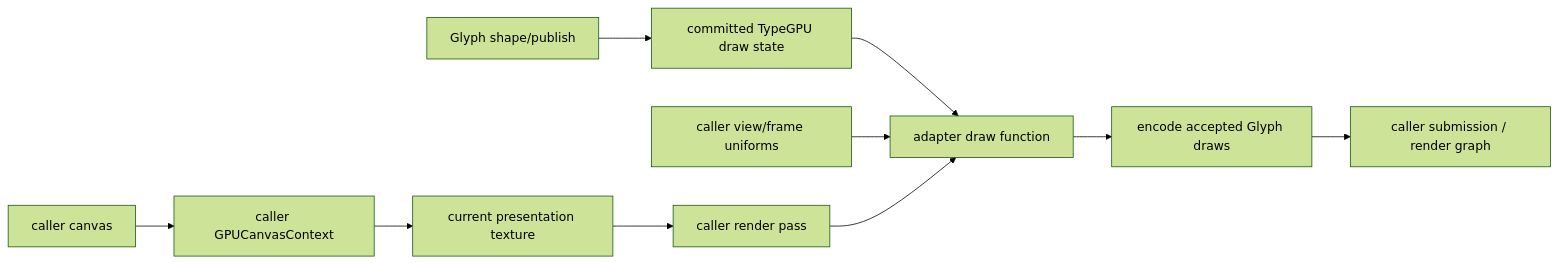
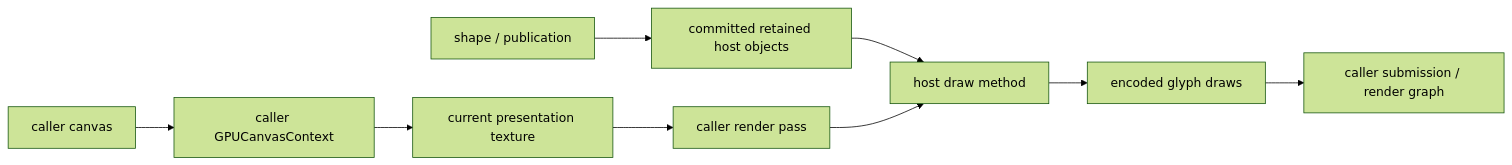
One commit to pmndrs/glyph changed the third of 4 diagrams in docs/guides/renderer-integration.md. Above: the diagram before and after it, drawn with Mermaid (forest theme). The commit also changed other lines of this file and 1 other file, not shown here.

Commit message:
docs(glyph): rewrite renderer integration guide

````diff
--- a/docs/guides/renderer-integration.md
+++ b/docs/guides/renderer-integration.md
@@ -758,12 +711,11 @@
 ```mermaid
 flowchart LR
-  Publish[Glyph shape/publish] --> State[committed TypeGPU draw state]
-  State --> HostAdapter[adapter draw function]
+  Shape[shape / publication] --> State[committed retained host objects]
+  State --> Draw[host draw method]
   Canvas[caller canvas] --> Context[caller GPUCanvasContext]
-  Context --> Texture[current presentation texture]
-  Texture --> Pass[caller render pass]
-  Camera[caller view/frame uniforms] --> HostAdapter
-  Pass --> HostAdapter
-  HostAdapter --> Commands[encode accepted Glyph draws]
+  Context --> Target[current presentation texture]
+  Target --> Pass[caller render pass]
+  Pass --> Draw
+  Draw --> Commands[encoded glyph draws]
   Commands --> Queue[caller submission / render graph]
 ```
````
